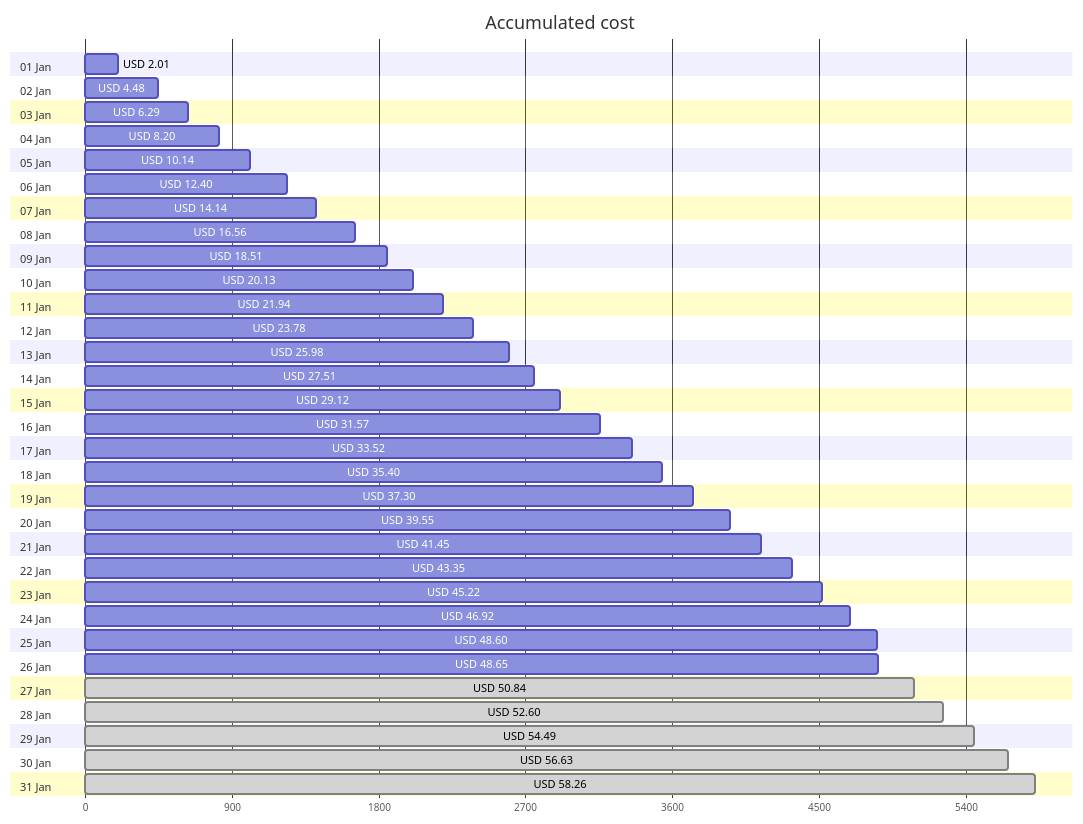
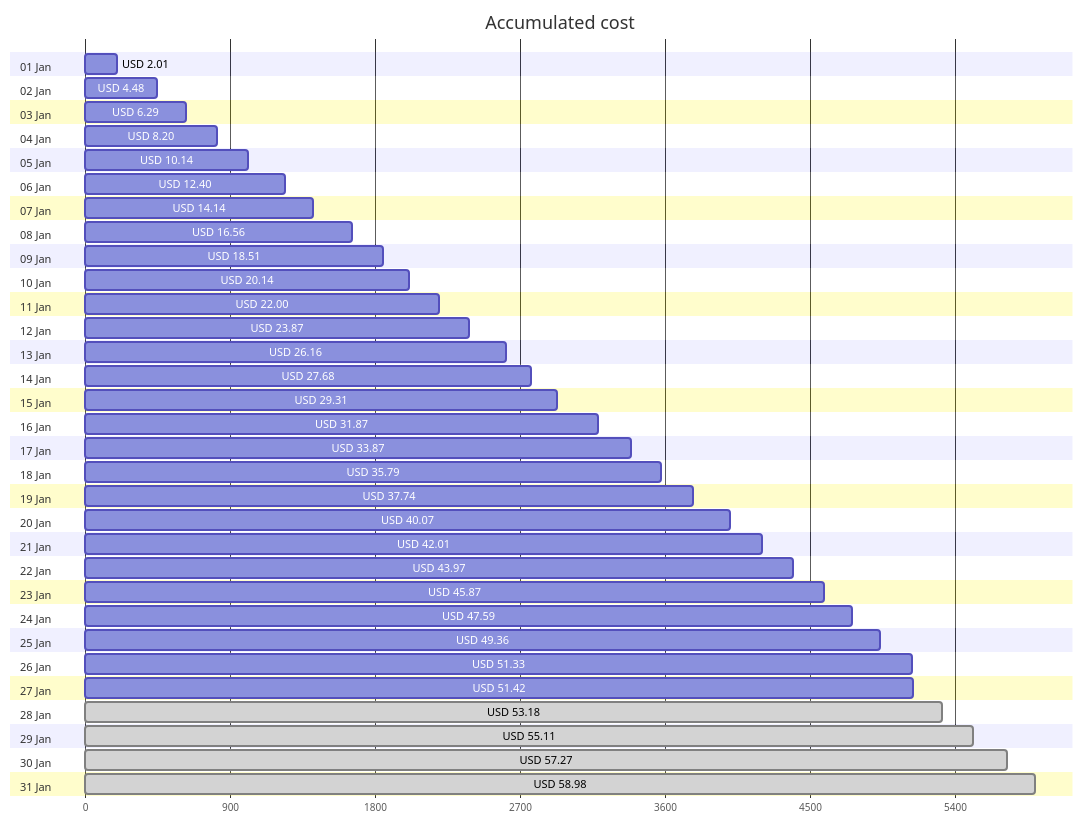
One commit to jpfulton/azure-personal-reports changed the first of 4 diagrams in cost-reports/personal-network/README.md. Above: the diagram before and after it, drawn with Mermaid. The commit also changed other lines of this file and 8 other files, not shown here.

````diff
--- a/cost-reports/personal-network/README.md
+++ b/cost-reports/personal-network/README.md
@@ -20,68 +20,68 @@
 ```mermaid
 gantt
    title Accumulated cost
    dateFormat  X
    axisFormat %s
    section 01 Jan
    USD 2.01 :0, 201
    section 02 Jan
    USD 4.48 :0, 448
    section 03 Jan
    USD 6.29 :0, 629
    section 04 Jan
    USD 8.20 :0, 820
    section 05 Jan
    USD 10.14 :0, 1014
    section 06 Jan
    USD 12.40 :0, 1240
    section 07 Jan
    USD 14.14 :0, 1414
    section 08 Jan
    USD 16.56 :0, 1656
    section 09 Jan
    USD 18.51 :0, 1851
    section 10 Jan
-   USD 20.13 :0, 2013
+   USD 20.14 :0, 2014
    section 11 Jan
-   USD 21.94 :0, 2194
+   USD 22.00 :0, 2200
    section 12 Jan
-   USD 23.78 :0, 2378
+   USD 23.87 :0, 2387
    section 13 Jan
-   USD 25.98 :0, 2598
+   USD 26.16 :0, 2616
    section 14 Jan
-   USD 27.51 :0, 2751
+   USD 27.68 :0, 2768
    section 15 Jan
-   USD 29.12 :0, 2912
+   USD 29.31 :0, 2931
    section 16 Jan
-   USD 31.57 :0, 3157
+   USD 31.87 :0, 3187
    section 17 Jan
-   USD 33.52 :0, 3352
+   USD 33.87 :0, 3387
    section 18 Jan
-   USD 35.40 :0, 3540
+   USD 35.79 :0, 3579
    section 19 Jan
-   USD 37.30 :0, 3730
+   USD 37.74 :0, 3774
    section 20 Jan
-   USD 39.55 :0, 3955
+   USD 40.07 :0, 4007
    section 21 Jan
-   USD 41.45 :0, 4145
+   USD 42.01 :0, 4201
    section 22 Jan
-   USD 43.35 :0, 4335
+   USD 43.97 :0, 4397
    section 23 Jan
-   USD 45.22 :0, 4522
+   USD 45.87 :0, 4587
    section 24 Jan
-   USD 46.92 :0, 4692
+   USD 47.59 :0, 4759
    section 25 Jan
-   USD 48.60 :0, 4860
+   USD 49.36 :0, 4936
    section 26 Jan
-   USD 48.65 :0, 4865
+   USD 51.33 :0, 5133
    section 27 Jan
-   USD 50.84 : done, 0, 5084
+   USD 51.42 :0, 5142
    section 28 Jan
-   USD 52.60 : done, 0, 5260
+   USD 53.18 : done, 0, 5318
    section 29 Jan
-   USD 54.49 : done, 0, 5449
+   USD 55.11 : done, 0, 5511
    section 30 Jan
-   USD 56.63 : done, 0, 5663
+   USD 57.27 : done, 0, 5727
    section 31 Jan
-   USD 58.26 : done, 0, 5826
+   USD 58.98 : done, 0, 5898
 ```
````
